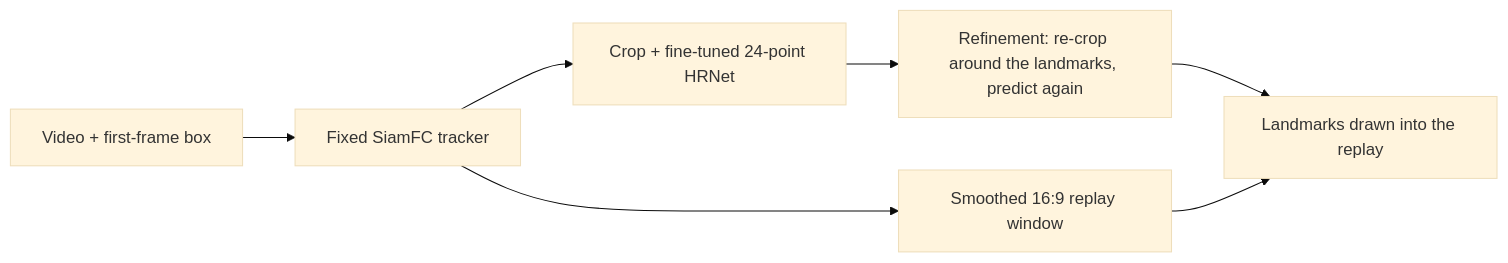
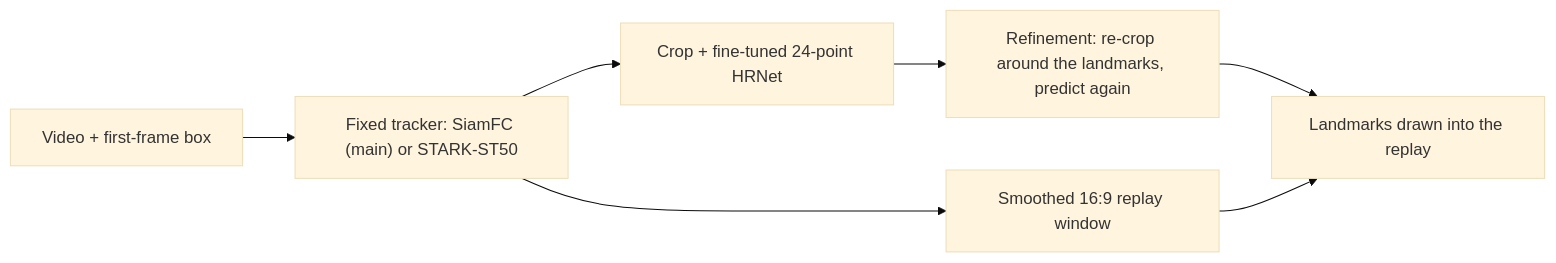
The diagram in README.md (RichardZRC/skier_project), drawn with Mermaid (base theme) before and after one commit. The commit also changed other lines of this file and 6 other files, not shown here.

First line of the commit message:
Keep both trackers: README section on SiamFC and STARK; report and docs ready for the merge into main

````diff
--- a/README.md
+++ b/README.md
@@ -13,9 +13,9 @@
 ```mermaid
 flowchart LR
-    A["Video + first-frame box"] --> B["Fixed SiamFC tracker"]
+    A["Video + first-frame box"] --> B["Fixed tracker: SiamFC (main) or STARK-ST50"]
     B --> C["Crop + fine-tuned 24-point HRNet"]
     C --> R["Refinement: re-crop around the landmarks, predict again"]
     B --> E["Smoothed 16:9 replay window"]
     R --> F["Landmarks drawn into the replay"]
     E --> F
 ```
````
